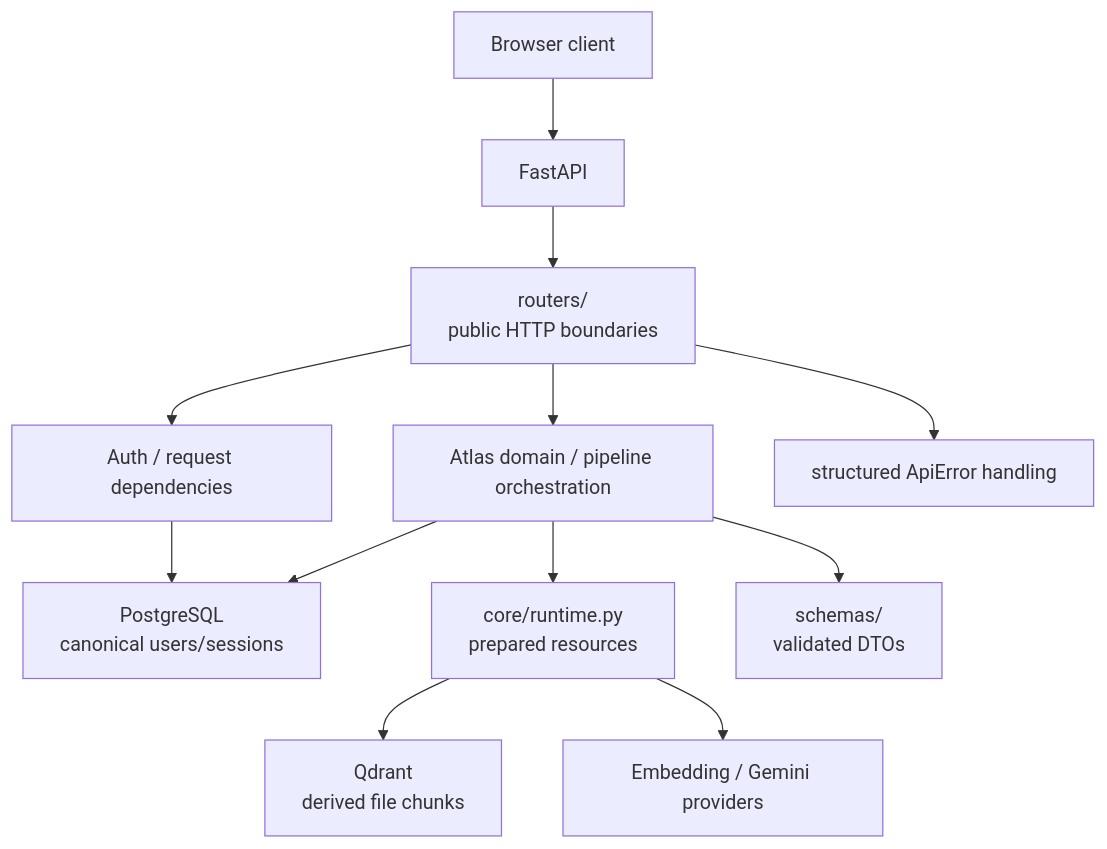
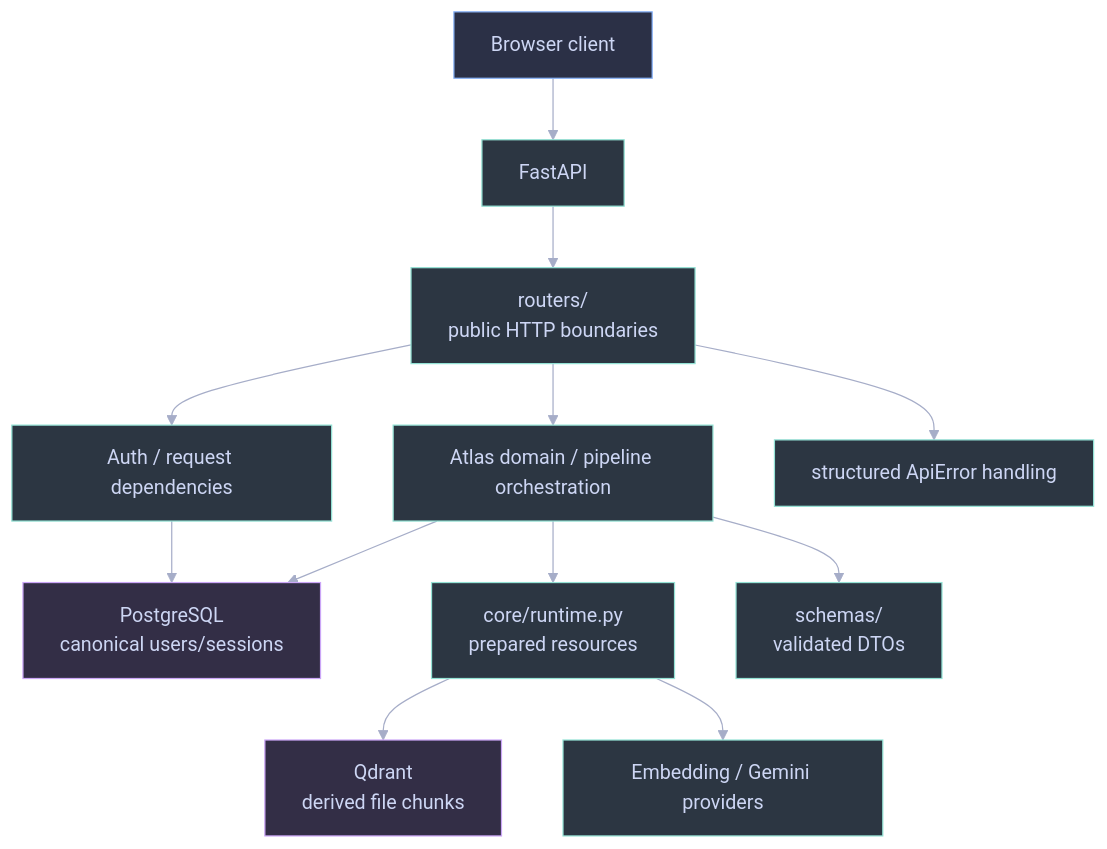
One commit to RyxnDmello/atlas changed the second of 5 diagrams in server/AGENTS.md. Above: the diagram before and after it, drawn with Mermaid. The commit also changed other lines of this file and 46 other files, not shown here.

First line of the commit message:
feat(client, auth): complete shared authentication foundation

````diff
--- a/server/AGENTS.md
+++ b/server/AGENTS.md
@@ -250,14 +249,25 @@
 ```mermaid
+%%{init: {'theme': 'base', 'themeVariables': {'background': '#1e1e2e', 'primaryColor': '#45475a', 'primaryTextColor': '#cdd6f4', 'primaryBorderColor': '#89b4fa', 'lineColor': '#a6adc8', 'secondaryColor': '#313244', 'tertiaryColor': '#181825', 'fontFamily': 'Inter, sans-serif'}}}%%
 flowchart TD
     Client["Browser client"] --> FastAPI["FastAPI"]
     FastAPI --> Routers["routers/<br/>public HTTP boundaries"]
     Routers --> Auth["Auth / request dependencies"]
     Routers --> Domain["Atlas domain / pipeline orchestration"]
     Auth --> Postgres["PostgreSQL<br/>canonical users/sessions"]
     Domain --> Postgres
     Domain --> Runtime["core/runtime.py<br/>prepared resources"]
     Runtime --> Qdrant["Qdrant<br/>derived file chunks"]
     Runtime --> Providers["Embedding / Gemini providers"]
     Domain --> Schemas["schemas/<br/>validated DTOs"]
     Routers --> Errors["structured ApiError handling"]
+    class Client client;
+    class FastAPI,Routers,Auth,Domain,Runtime,Providers,Schemas,Errors service;
+    class Postgres,Qdrant storage;
+    classDef client fill:#2b3046,stroke:#89b4fa,stroke-width:1px,color:#cdd6f4;
+    classDef service fill:#2c3642,stroke:#94e2d5,stroke-width:1px,color:#cdd6f4;
+    classDef storage fill:#332e46,stroke:#cba6f7,stroke-width:1px,color:#cdd6f4;
+    classDef verified fill:#2e363c,stroke:#a6e3a1,stroke-width:1px,color:#cdd6f4;
+    classDef planned fill:#30323f,stroke:#b4befe,stroke-width:1px,color:#cdd6f4;
+    classDef caution fill:#38362e,stroke:#f9e2af,stroke-width:1px,color:#cdd6f4;
+    classDef denied fill:#39303d,stroke:#f38ba8,stroke-width:1px,color:#cdd6f4;
 ```
````
